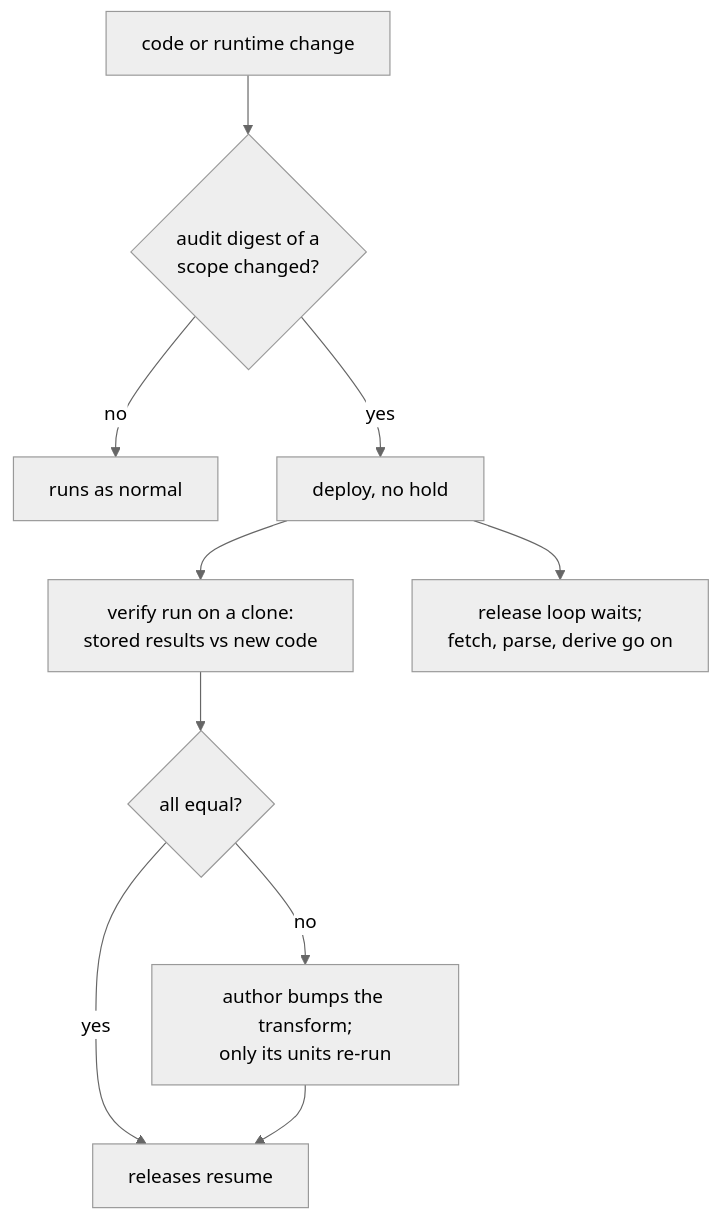
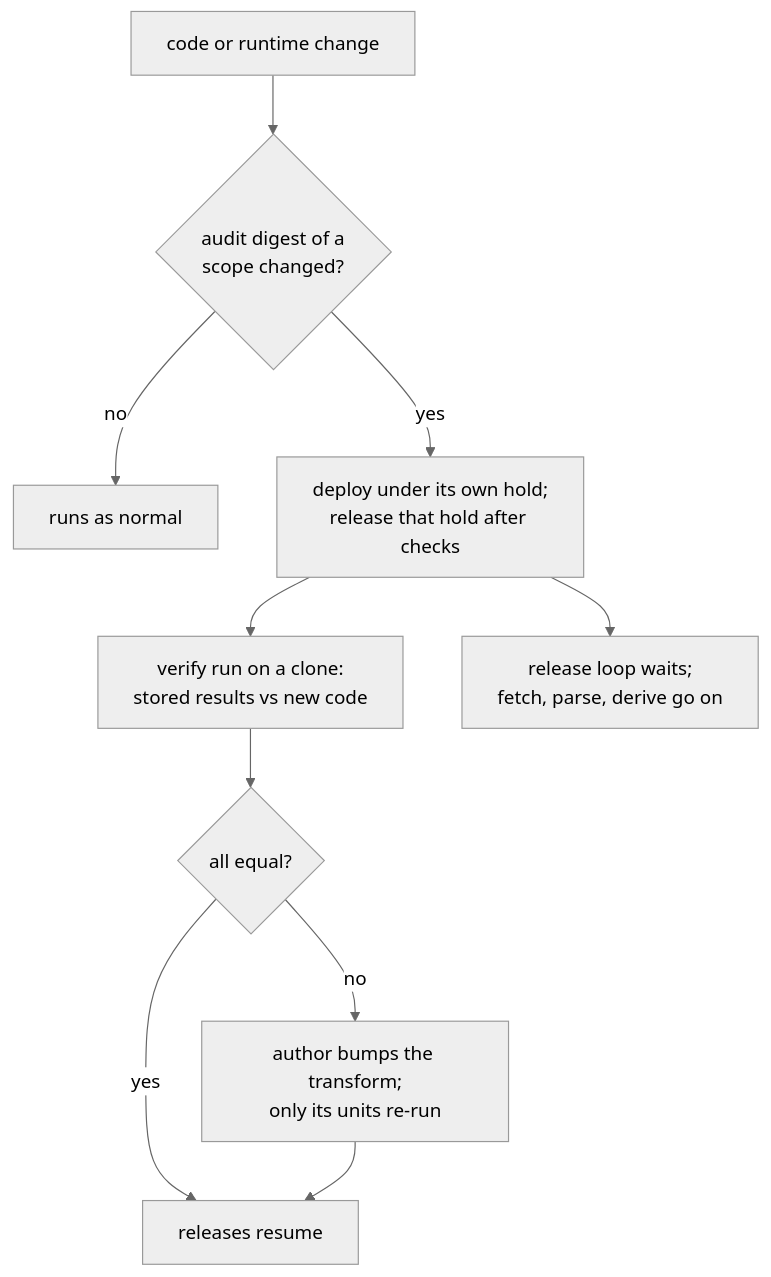
Before and after one commit to skeswa/swingset: the diagram in docs/plans/postgres-migration/5-stage-0.md, drawn with Mermaid (neutral theme). The commit also changed other lines of this file and 15 other files, not shown here.

````diff
--- a/docs/plans/postgres-migration/5-stage-0.md
+++ b/docs/plans/postgres-migration/5-stage-0.md
@@ -24,11 +24,11 @@
 ```mermaid
 flowchart TB
   edit["code or runtime change"] --> digests{"audit digest of a<br/>scope changed?"}
   digests -- no --> run["runs as normal"]
-  digests -- yes --> deploy["deploy, no hold"]
+  digests -- yes --> deploy["deploy under its own hold;<br/>release that hold after checks"]
   deploy --> verify["verify run on a clone:<br/>stored results vs new code"]
   deploy --> wait["release loop waits;<br/>fetch, parse, derive go on"]
   verify --> clean{"all equal?"}
   clean -- yes --> release["releases resume"]
   clean -- no --> bump["author bumps the transform;<br/>only its units re-run"] --> release
 ```
````
